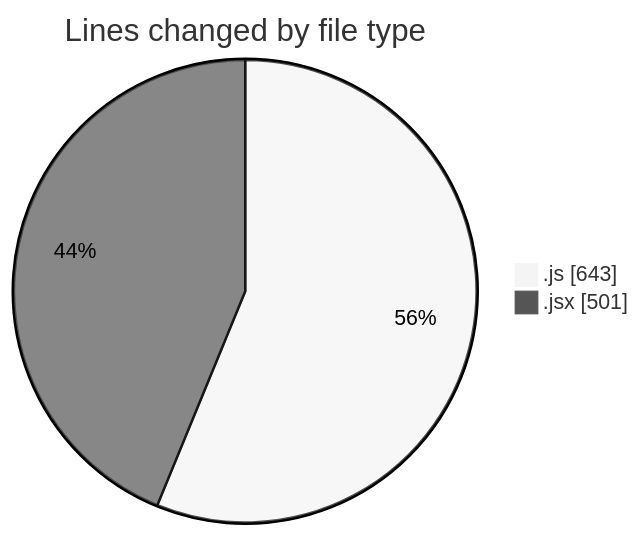
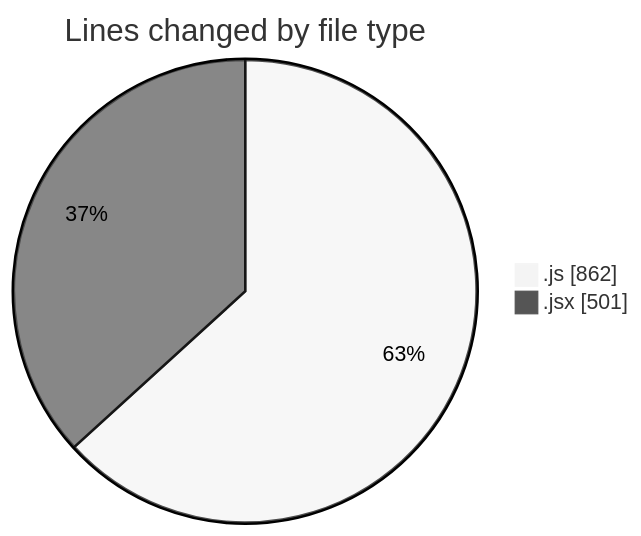
Before and after one commit to nxtqubesakshisongat/code-tracking: the first of 2 diagrams in 2025-11-09/nxtqube_webapp/README.md, drawn with Mermaid (neutral theme). The commit also changed other lines of this file and 1 other file, not shown here.

````diff
--- a/2025-11-09/nxtqube_webapp/README.md
+++ b/2025-11-09/nxtqube_webapp/README.md
@@ -23,6 +26,6 @@
 ```mermaid
 pie showData
 title Lines changed by file type
-".js" : 643
+".js" : 862
 ".jsx" : 501
 ```
````
